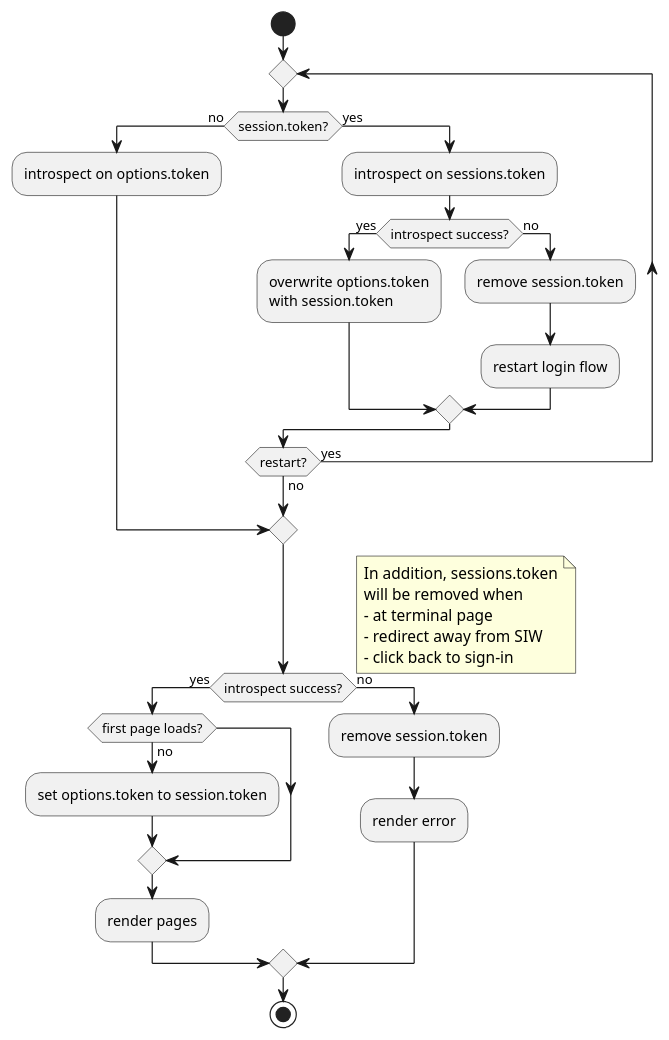
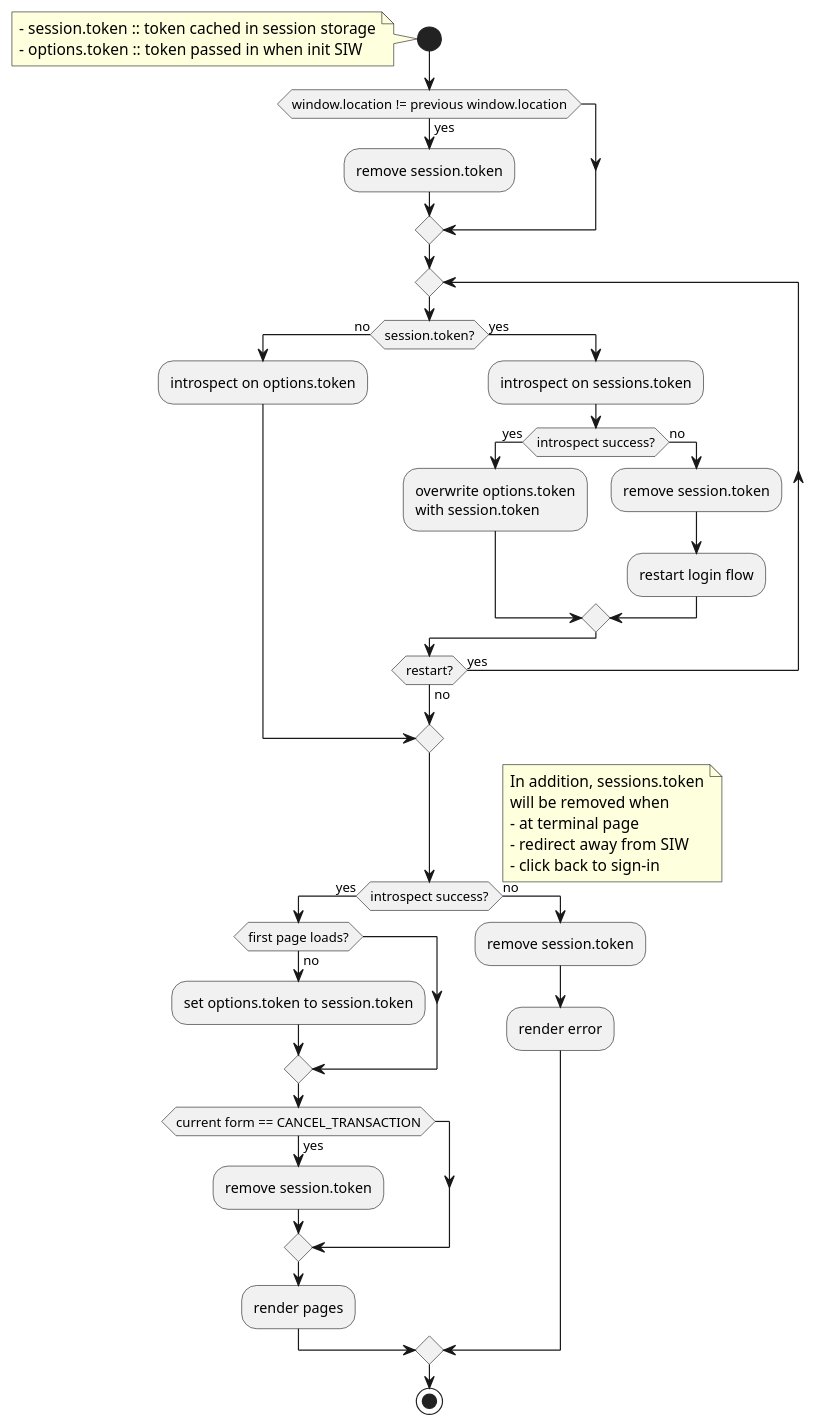
One commit to okta/okta-signin-widget changed the diagram in docs/manage-stateHandle-in-sessionStorage.org. Above: the diagram before and after it, drawn with PlantUML. The commit also changed 2 other files, not shown here.

Commit message:
Update state handle session management diagram

```diff
--- a/docs/manage-stateHandle-in-sessionStorage.org
+++ b/docs/manage-stateHandle-in-sessionStorage.org
@@ -1,39 +1,51 @@
 #+begin_src plantuml :file ./manage-stateHandle-in-sessionStorage.png
 @startuml
 start
+
+note left
+  - session.token :: token cached in session storage
+  - options.token :: token passed in when init SIW
+end note
+
+if (window.location != previous window.location) then (yes)
+  :remove session.token;
+endif
 
 repeat
 if (session.token?) then (no)
   :introspect on options.token;
   break
 else (yes)
   :introspect on sessions.token;
   if (introspect success?) then (yes)
     :overwrite options.token\nwith session.token;
   else (no)
     :remove session.token;
     :restart login flow;
   endif
 endif
 repeat while (restart?) is (yes) not (no)
 
 if (introspect success?) then (yes)
   if (first page loads?) then (no)
     :set options.token to session.token;
   endif
+  if (current form == CANCEL_TRANSACTION) then (yes)
+    :remove session.token;
+  endif
   :render pages;
 else (no)
   :remove session.token;
   :render error;
 endif
 note right
   In addition, sessions.token
   will be removed when
   - at terminal page
   - redirect away from SIW
   - click back to sign-in
 end note
 stop
 
 @enduml
 #+end_src
```
